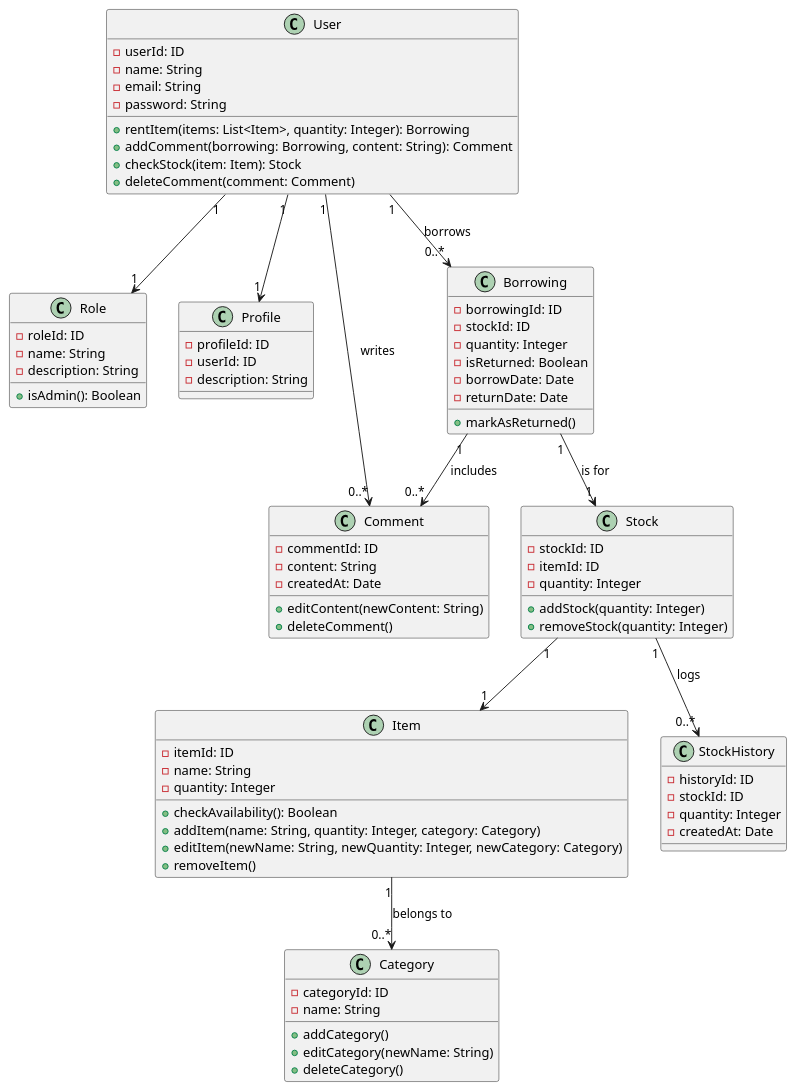
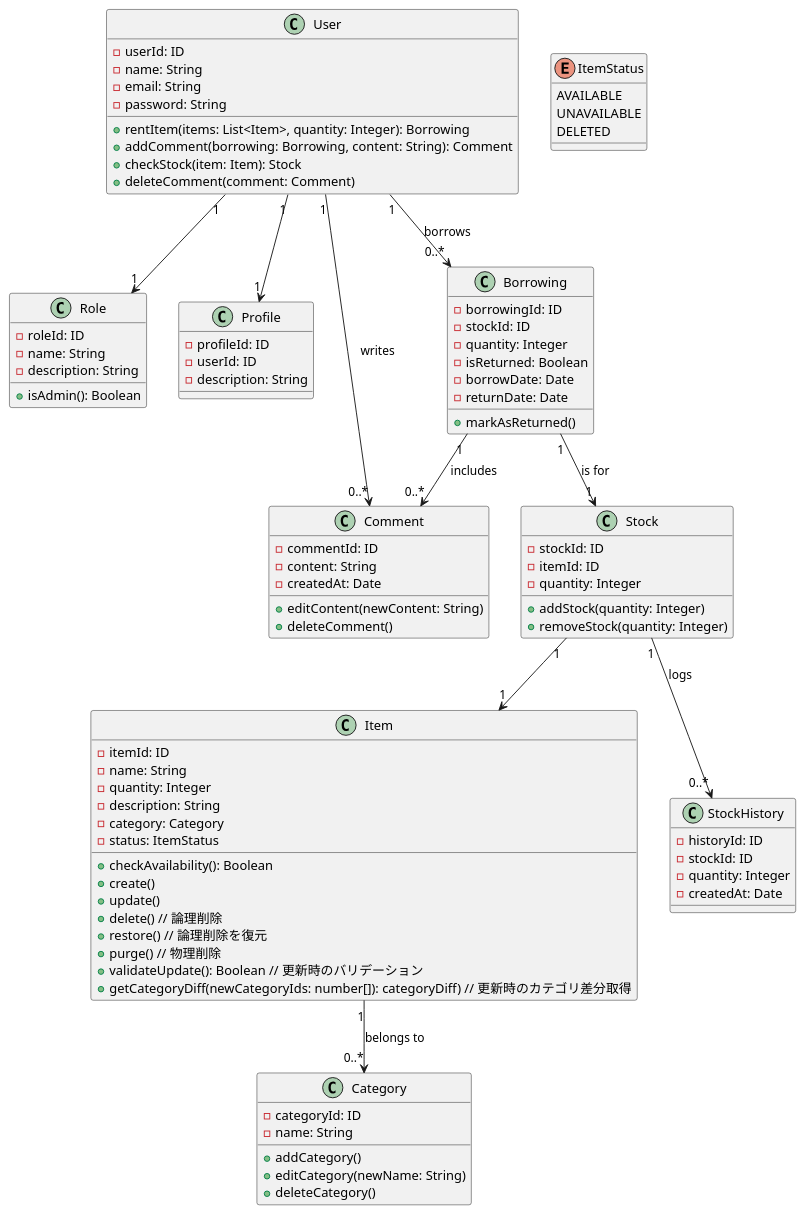
One commit to Masaya-j9/stock-app-backend changed the diagram in blue-print/domain-models/domain-model.pu. Above: the diagram before and after it, drawn with PlantUML.

Commit message:
fix domain model about item entity

```diff
--- a/blue-print/domain-models/domain-model.pu
+++ b/blue-print/domain-models/domain-model.pu
@@ -1,88 +1,101 @@
 @startuml domain-model
 
 class User {
   - userId: ID
   - name: String
   - email: String
   - password: String
   + rentItem(items: List<Item>, quantity: Integer): Borrowing
   + addComment(borrowing: Borrowing, content: String): Comment
   + checkStock(item: Item): Stock
   + deleteComment(comment: Comment)
 }
 
 class Role {
   - roleId: ID
   - name: String
   - description: String
   + isAdmin(): Boolean
 }
 
 class Profile {
   - profileId: ID
   - userId: ID
   - description: String
 }
 
 class Comment {
   - commentId: ID
   - content: String
   - createdAt: Date
   + editContent(newContent: String)
   + deleteComment()
 }
 
 class Item {
   - itemId: ID
   - name: String
   - quantity: Integer
+  - description: String
+  - category: Category
+  - status: ItemStatus
   + checkAvailability(): Boolean
-  + addItem(name: String, quantity: Integer, category: Category)
-  + editItem(newName: String, newQuantity: Integer, newCategory: Category)
-  + removeItem()
+  + create()
+  + update()
+  + delete() // 論理削除
+  + restore() // 論理削除を復元
+  + purge() // 物理削除
+  + validateUpdate(): Boolean // 更新時のバリデーション
+  + getCategoryDiff(newCategoryIds: number[]): categoryDiff) // 更新時のカテゴリ差分取得
+}
+
+enum ItemStatus {
+  AVAILABLE
+  UNAVAILABLE
+  DELETED
 }
 
 class Category {
   - categoryId: ID
   - name: String
   + addCategory()
   + editCategory(newName: String)
   + deleteCategory()
 }
 
 class Stock {
   - stockId: ID
   - itemId: ID
   - quantity: Integer
   + addStock(quantity: Integer)
   + removeStock(quantity: Integer)
 }
 
 class StockHistory {
   - historyId: ID
   - stockId: ID
   - quantity: Integer
   - createdAt: Date
 }
 
 class Borrowing {
   - borrowingId: ID
   - stockId: ID
   - quantity: Integer
   - isReturned: Boolean
   - borrowDate: Date
   - returnDate: Date
   + markAsReturned()
 }
 
 User "1" --> "1" Role
 User "1" --> "1" Profile
 User "1" --> "0..*" Borrowing : borrows
 User "1" --> "0..*" Comment : writes
 Borrowing "1" --> "1" Stock : is for
 Borrowing "1" --> "0..*" Comment : includes
 Stock "1" --> "1" Item
 Item "1" --> "0..*" Category : belongs to
 Stock "1" --> "0..*" StockHistory : logs
 
 @enduml
```
